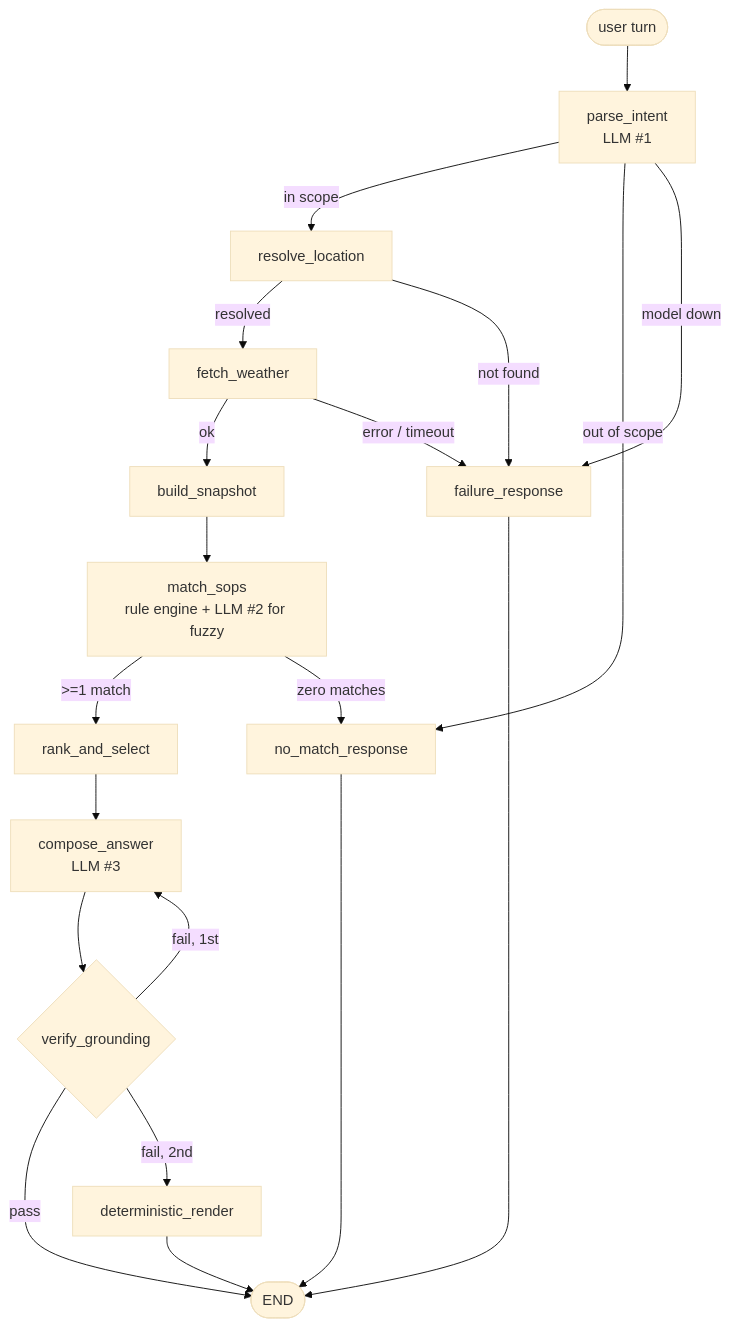
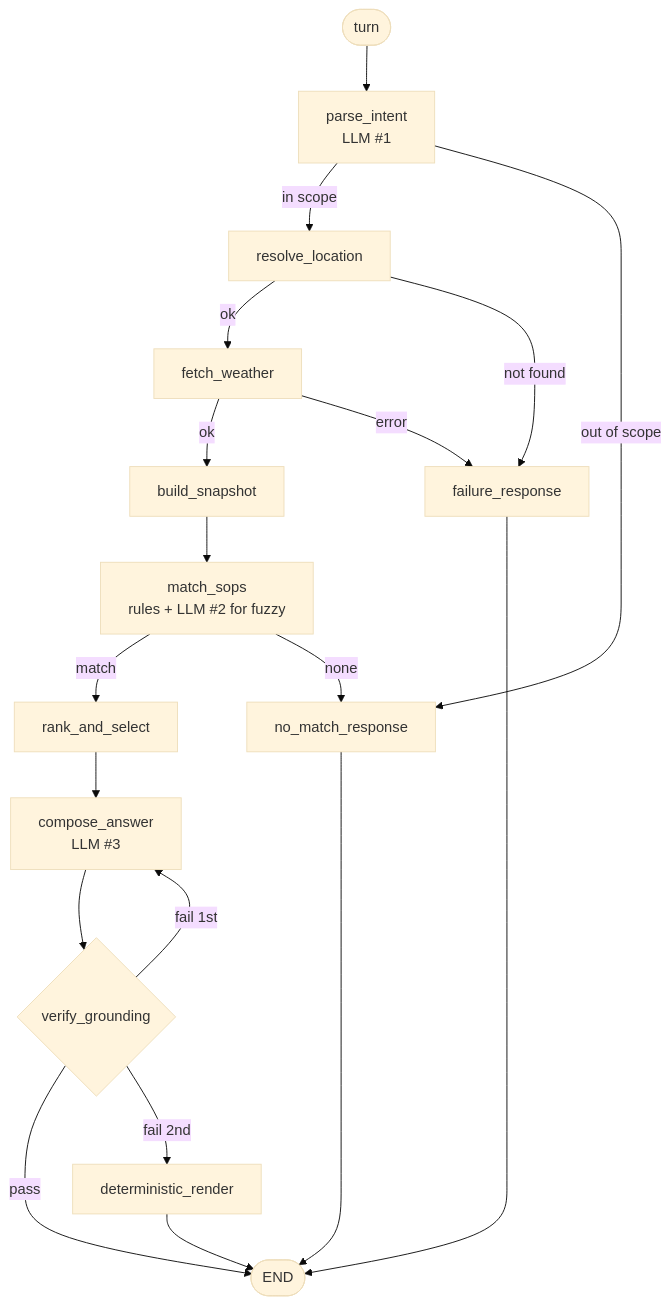
One commit to RickyVishwakarma/mediBuddy-assesment changed the diagram in README.md. Above: the diagram before and after it, drawn with Mermaid (base theme). The commit also changed other lines of this file and 8 other files, not shown here.

````diff
--- a/README.md
+++ b/README.md
@@ -239,22 +137,21 @@
 ```mermaid
 graph TD
-    START([user turn]) --> PI[parse_intent<br/>LLM #1]
+    START([turn]) --> PI[parse_intent<br/>LLM #1]
     PI -->|in scope| RL[resolve_location]
     PI -->|out of scope| NM[no_match_response]
-    PI -->|model down| FR[failure_response]
-    RL -->|resolved| FW[fetch_weather]
-    RL -->|not found| FR
+    RL -->|ok| FW[fetch_weather]
+    RL -->|not found| FR[failure_response]
     FW -->|ok| BS[build_snapshot]
-    FW -->|error / timeout| FR
-    BS --> MS[match_sops<br/>rule engine + LLM #2 for fuzzy]
-    MS -->|>=1 match| RS[rank_and_select]
-    MS -->|zero matches| NM
+    FW -->|error| FR
+    BS --> MS[match_sops<br/>rules + LLM #2 for fuzzy]
+    MS -->|match| RS[rank_and_select]
+    MS -->|none| NM
     RS --> CA[compose_answer<br/>LLM #3]
     CA --> VG{verify_grounding}
     VG -->|pass| E([END])
-    VG -->|fail, 1st| CA
-    VG -->|fail, 2nd| DR[deterministic_render]
+    VG -->|fail 1st| CA
+    VG -->|fail 2nd| DR[deterministic_render]
     DR --> E
     NM --> E
     FR --> E
 ```
````
